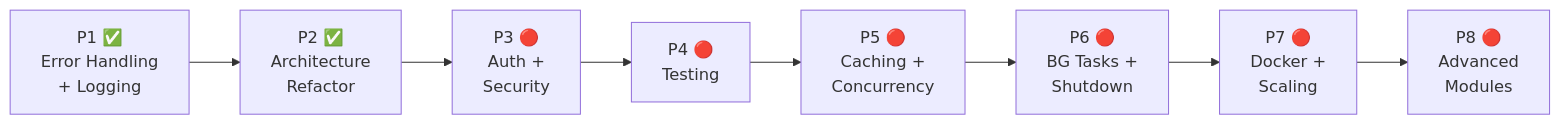
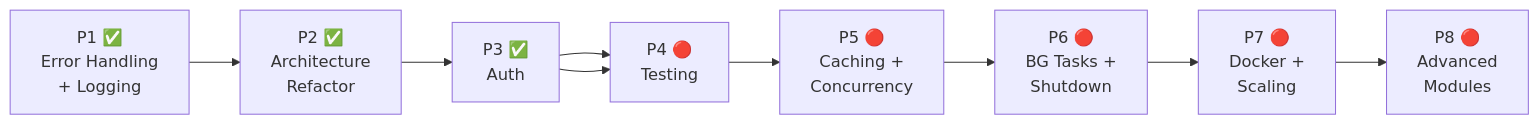
One commit to Sayandip05/smart-inventory-assistant changed the diagram in implementation_plan.md. Above: the diagram before and after it, drawn with Mermaid. The commit also changed other lines of this file and 13 other files, not shown here.

````diff
--- a/implementation_plan.md
+++ b/implementation_plan.md
@@ -94,10 +94,11 @@
 ```mermaid
 flowchart LR
     P1["P1 ✅\nError Handling\n+ Logging"] --> P2["P2 ✅\nArchitecture\nRefactor"]
-    P2 --> P3["P3 🔴\nAuth +\nSecurity"]
+    P2 --> P3["P3 ✅\nAuth"]
+    P3 --> P4["P4 🔴\nTesting"]
     P3 --> P4["P4 🔴\nTesting"]
     P4 --> P5["P5 🔴\nCaching +\nConcurrency"]
     P5 --> P6["P6 🔴\nBG Tasks +\nShutdown"]
     P6 --> P7["P7 🔴\nDocker +\nScaling"]
     P7 --> P8["P8 🔴\nAdvanced\nModules"]
 ```
````
